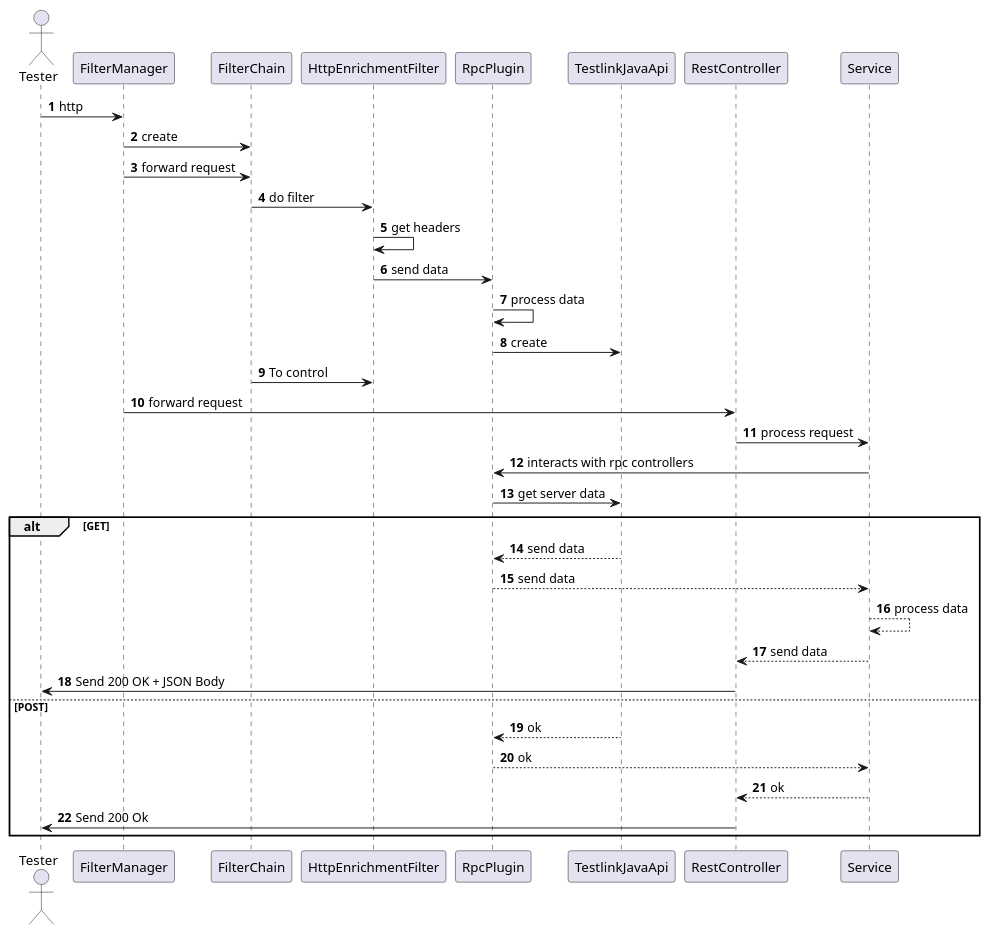
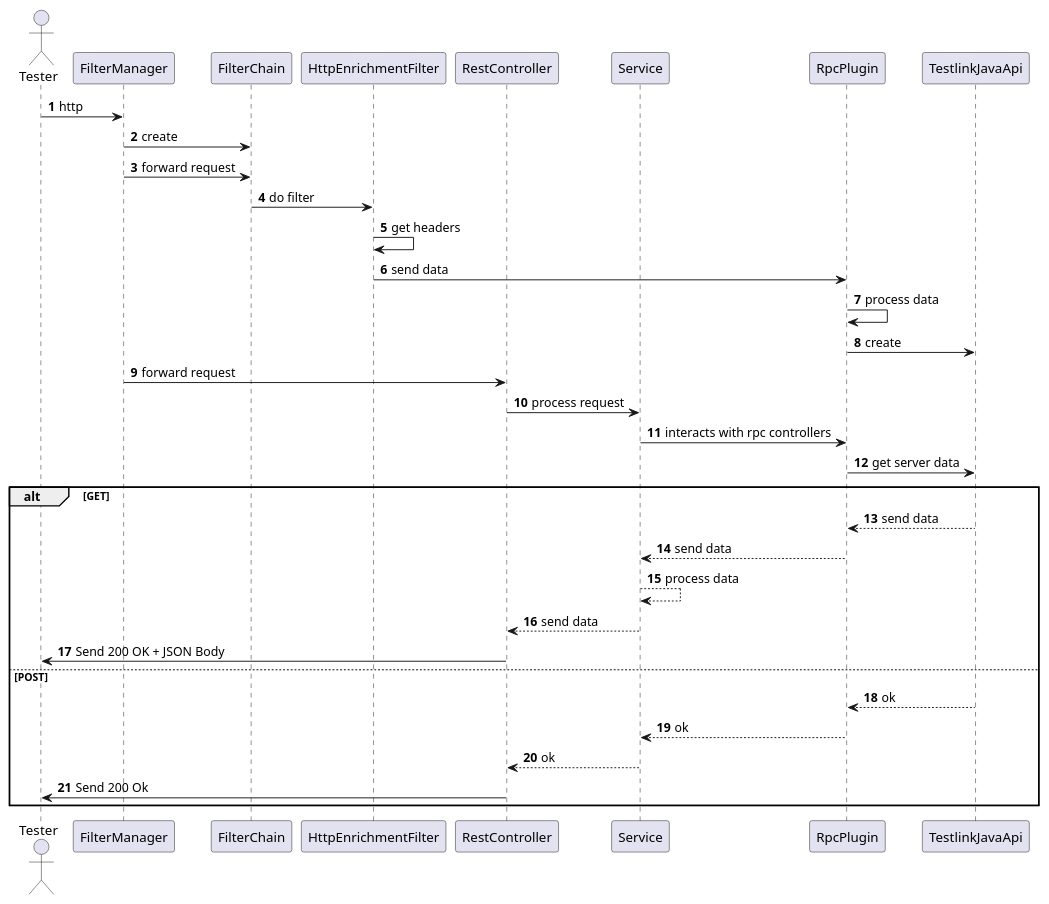
One commit to MarcoCaballero/testlink-plugin changed the diagram in docs/implementation-view/sequence-enrichment.diagram.wsd. Above: the diagram before and after it, drawn with PlantUML. The commit also changed 1 other file, not shown here.

```diff
--- a/docs/implementation-view/sequence-enrichment.diagram.wsd
+++ b/docs/implementation-view/sequence-enrichment.diagram.wsd
@@ -1,34 +1,41 @@
 @startuml Sequence Diagram - Enrichment
 autonumber
 actor Tester
+
+participant FilterManager 
+participant FilterChain 
+participant HttpEnrichmentFilter 
+participant RestController 
+participant Service 
+participant RpcPlugin 
+participant TestlinkJavaApi 
 
 Tester -> FilterManager : http
 FilterManager -> FilterChain : create
 FilterManager -> FilterChain : forward request
 FilterChain -> HttpEnrichmentFilter : do filter
 HttpEnrichmentFilter -> HttpEnrichmentFilter : get headers
 HttpEnrichmentFilter -> RpcPlugin : send data
 RpcPlugin -> RpcPlugin : process data
 RpcPlugin -> TestlinkJavaApi : create
-FilterChain -> HttpEnrichmentFilter : To control
 
 
 FilterManager -> RestController : forward request
 RestController -> Service : process request
 Service -> RpcPlugin : interacts with rpc controllers
 RpcPlugin -> TestlinkJavaApi : get server data
 
 alt GET
     TestlinkJavaApi --> RpcPlugin : send data
     RpcPlugin --> Service : send data
     Service --> Service : process data
     Service --> RestController : send data
     RestController -> Tester : Send 200 OK + JSON Body
 else POST
     TestlinkJavaApi --> RpcPlugin : ok
     RpcPlugin --> Service : ok
     Service --> RestController : ok
     RestController -> Tester : Send 200 Ok
 end
 
 @enduml
```
